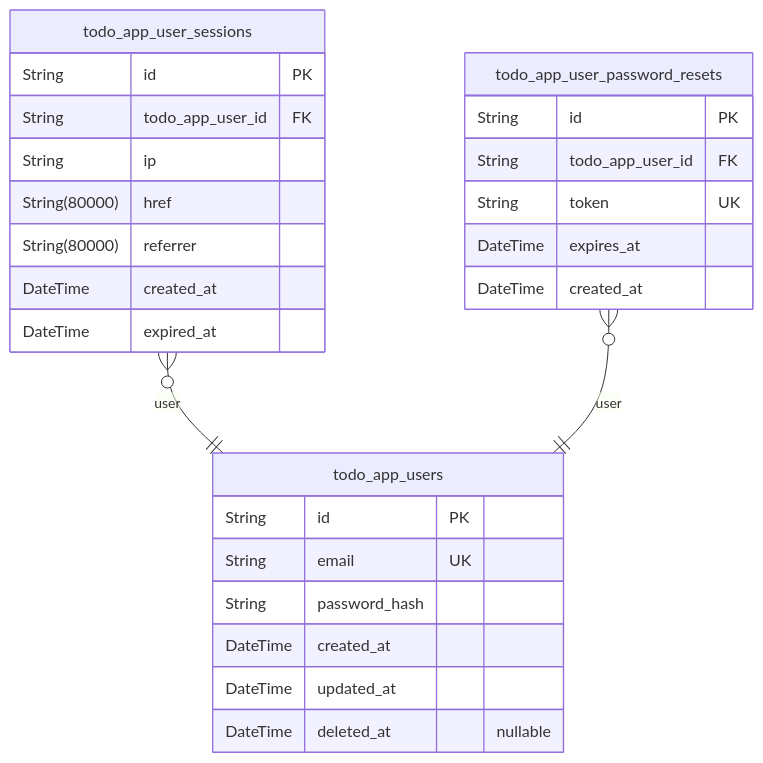
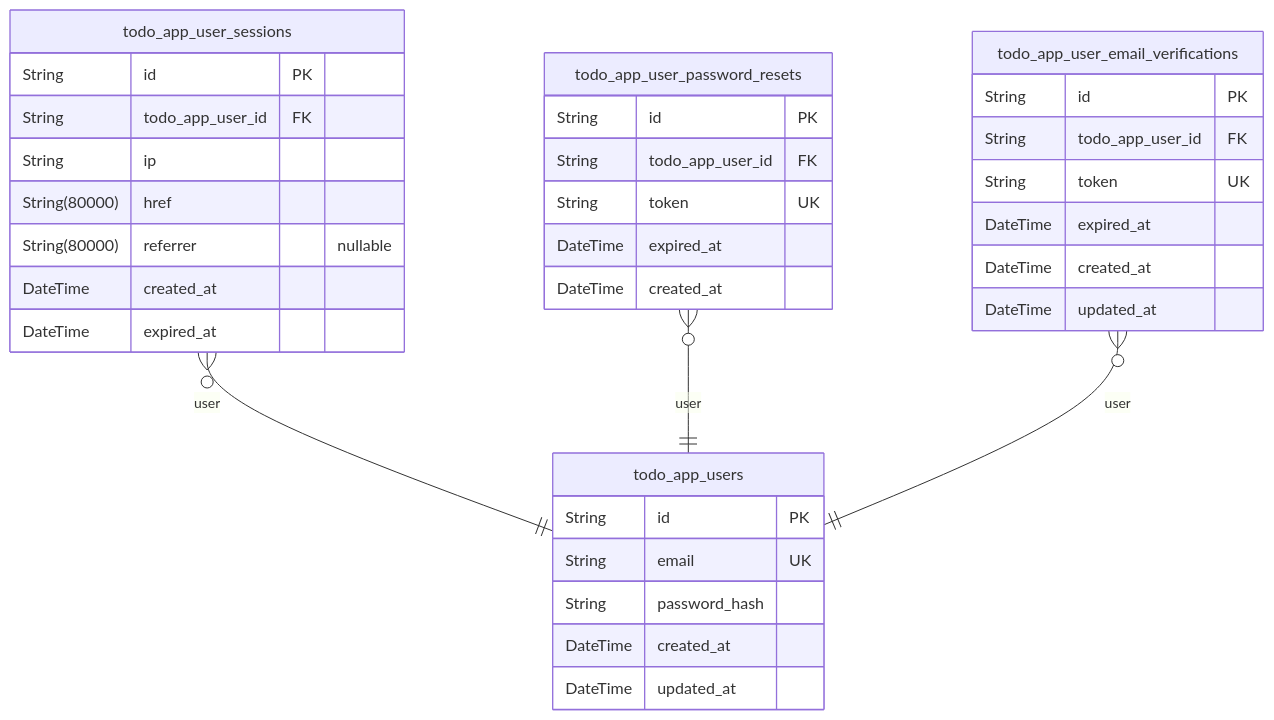
The first of 4 diagrams in qwen/qwen3-next-80b-a3b-instruct/todo/docs/ERD.md (wrtnlabs/autobe-examples), drawn with Mermaid before and after one commit. The commit also changed other lines of this file and 25939 other files, not shown here.

````diff
--- a/qwen/qwen3-next-80b-a3b-instruct/todo/docs/ERD.md
+++ b/qwen/qwen3-next-80b-a3b-instruct/todo/docs/ERD.md
@@ -12,29 +12,37 @@
 ```mermaid
 erDiagram
 "todo_app_users" {
   String id PK
   String email UK
   String password_hash
   DateTime created_at
   DateTime updated_at
-  DateTime deleted_at "nullable"
 }
 "todo_app_user_sessions" {
   String id PK
   String todo_app_user_id FK
   String ip
   String(80000) href
-  String(80000) referrer
+  String(80000) referrer "nullable"
   DateTime created_at
   DateTime expired_at
 }
 "todo_app_user_password_resets" {
   String id PK
   String todo_app_user_id FK
   String token UK
-  DateTime expires_at
+  DateTime expired_at
   DateTime created_at
+}
+"todo_app_user_email_verifications" {
+  String id PK
+  String todo_app_user_id FK
+  String token UK
+  DateTime expired_at
+  DateTime created_at
+  DateTime updated_at
 }
 "todo_app_user_sessions" }o--|| "todo_app_users" : user
 "todo_app_user_password_resets" }o--|| "todo_app_users" : user
+"todo_app_user_email_verifications" }o--|| "todo_app_users" : user
 ```
````
